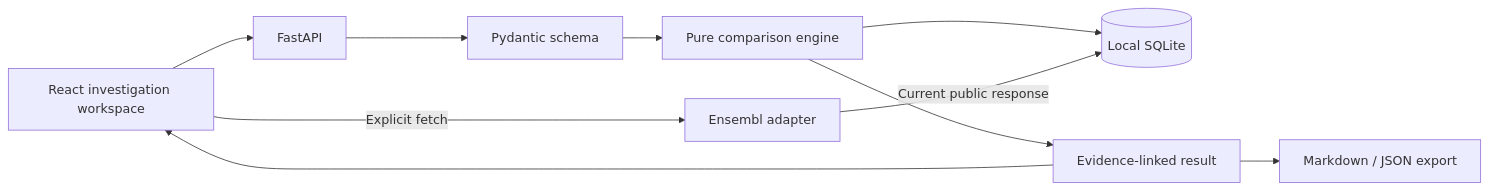
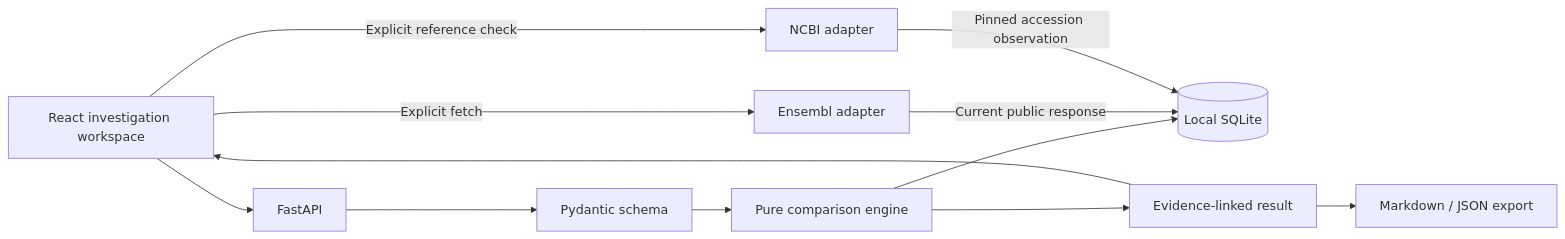
One commit to JustAppTools/GenomeDebugger changed the diagram in docs/architecture.md. Above: the diagram before and after it, drawn with Mermaid. The commit also changed other lines of this file and 21 other files, not shown here.

Commit message:
Add pinned NCBI allele cross-check and public validation cases

````diff
--- a/docs/architecture.md
+++ b/docs/architecture.md
@@ -7,12 +7,14 @@
 ```mermaid
 flowchart LR
   UI[React investigation workspace] --> API[FastAPI]
   API --> S[Pydantic schema]
   S --> E[Pure comparison engine]
   E --> DB[(Local SQLite)]
   E --> R[Evidence-linked result]
   R --> UI
   R --> M[Markdown / JSON export]
   UI -->|Explicit fetch| A[Ensembl adapter]
   A -->|Current public response| DB
+  UI -->|Explicit reference check| N[NCBI adapter]
+  N -->|Pinned accession observation| DB
 ```
````
